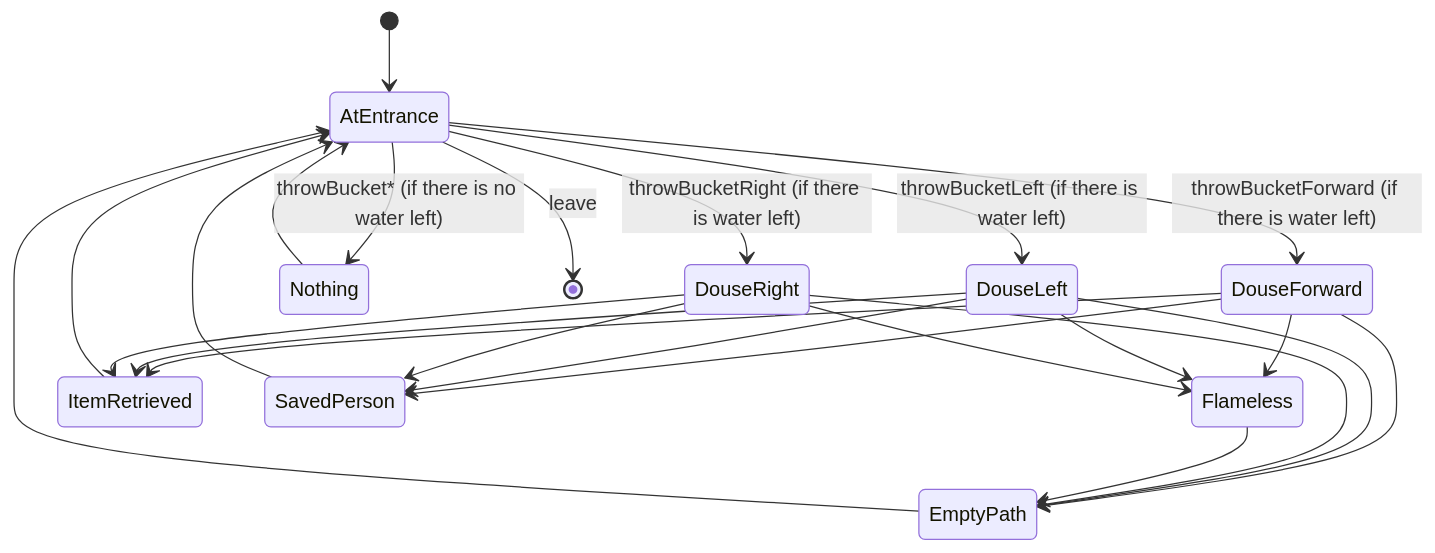
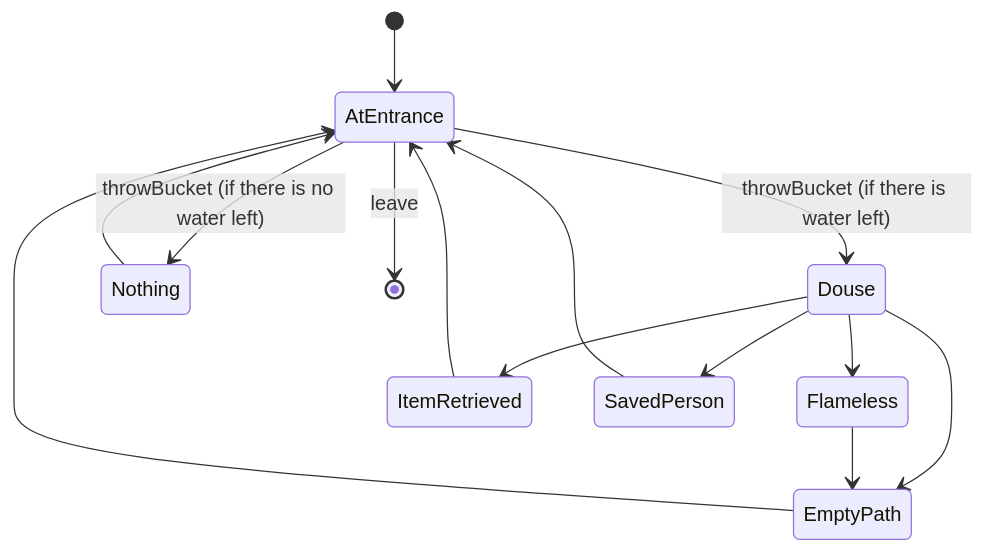
The diagram in docs/rooms/fireRoom.md (normal-devs/klicker-knight), drawn with Mermaid before and after one commit. The commit also changed other lines of this file, not shown here.

Commit message:
adding throwBucket subcommands

````diff
--- a/docs/rooms/fireRoom.md
+++ b/docs/rooms/fireRoom.md
@@ -36,31 +35,19 @@
 ```mermaid
 stateDiagram-v2
   [*] --> AtEntrance
 
-  AtEntrance --> DouseForward: throwBucketForward (if there is water left)
-  AtEntrance --> DouseLeft: throwBucketLeft (if there is water left)
-  AtEntrance --> DouseRight: throwBucketRight (if there is water left)
-  AtEntrance --> Nothing: throwBucket* (if there is no water left)
+  AtEntrance --> Douse: throwBucket (if there is water left)
+  AtEntrance --> Nothing: throwBucket (if there is no water left)
   AtEntrance --> [*]: leave
 
-  DouseForward --> EmptyPath
-  DouseForward --> Flameless
-  DouseForward --> ItemRetrieved
-  DouseForward --> SavedPerson
-
-  DouseLeft --> EmptyPath
-  DouseLeft --> Flameless
-  DouseLeft --> ItemRetrieved
-  DouseLeft --> SavedPerson
-
-  DouseRight --> EmptyPath
-  DouseRight --> Flameless
-  DouseRight --> ItemRetrieved
-  DouseRight --> SavedPerson
+  Douse --> EmptyPath
+  Douse --> Flameless
+  Douse --> ItemRetrieved
+  Douse --> SavedPerson
 
   EmptyPath --> AtEntrance
   Flameless --> EmptyPath
   ItemRetrieved --> AtEntrance
   Nothing --> AtEntrance
   SavedPerson --> AtEntrance
 ```
````
